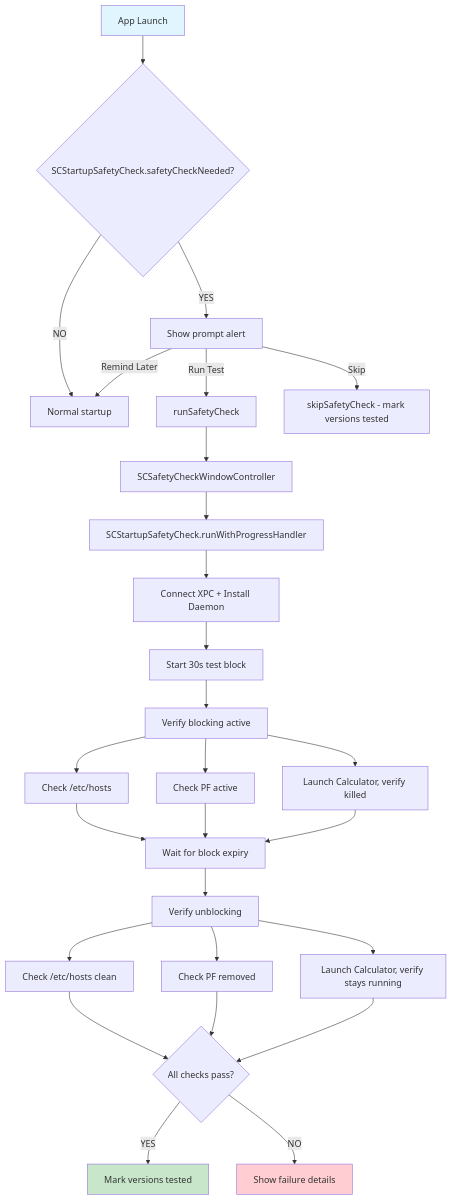
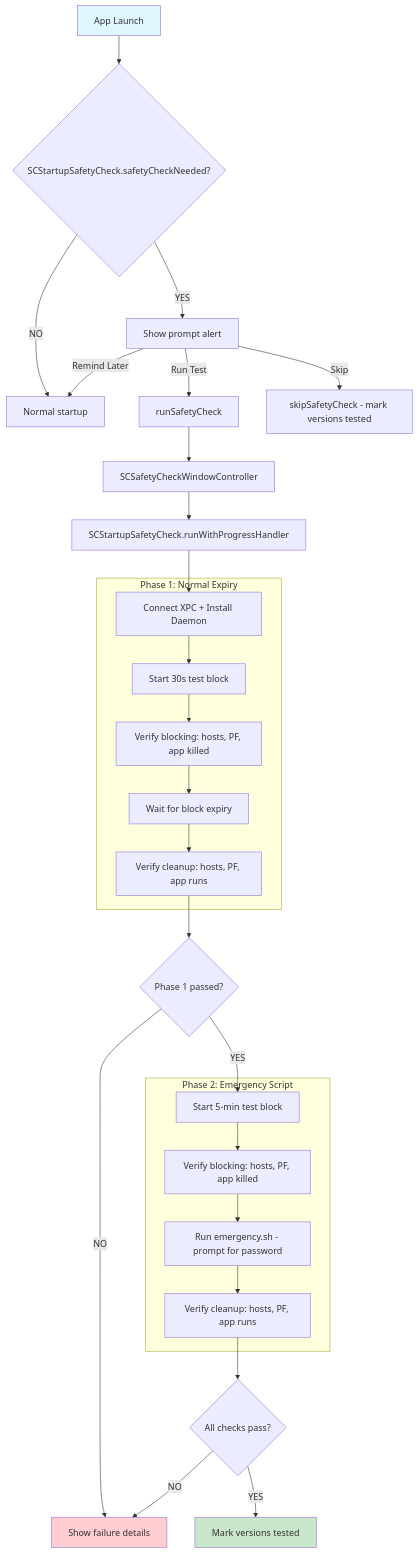
The diagram in docs/dictionary/safety-test.md (bodhibyte/fence), drawn with Mermaid before and after one commit. The commit also changed other lines of this file and 1 other file, not shown here.

First line of the commit message:
Add app blocking verification to safety test Phase 2

````diff
--- a/docs/dictionary/safety-test.md
+++ b/docs/dictionary/safety-test.md
@@ -48,35 +66,39 @@
 ```mermaid
 graph TD
     A[App Launch] --> B{SCStartupSafetyCheck.safetyCheckNeeded?}
     B -->|NO| C[Normal startup]
     B -->|YES| D[Show prompt alert]
     D -->|Run Test| E[runSafetyCheck]
     D -->|Skip| F[skipSafetyCheck - mark versions tested]
     D -->|Remind Later| C
 
     E --> G[SCSafetyCheckWindowController]
     G --> H[SCStartupSafetyCheck.runWithProgressHandler]
 
     H --> I[Connect XPC + Install Daemon]
-    I --> J[Start 30s test block]
-    J --> K[Verify blocking active]
 
-    K --> L[Check /etc/hosts]
-    K --> M[Check PF active]
-    K --> N[Launch Calculator, verify killed]
+    subgraph Phase1[Phase 1: Normal Expiry]
+        I --> J[Start 30s test block]
+        J --> K[Verify blocking: hosts, PF, app killed]
+        K --> O[Wait for block expiry]
+        O --> P[Verify cleanup: hosts, PF, app runs]
+    end
 
-    L & M & N --> O[Wait for block expiry]
+    P --> T1{Phase 1 passed?}
+    T1 -->|NO| V[Show failure details]
+    T1 -->|YES| P2
 
-    O --> P[Verify unblocking]
-    P --> Q[Check /etc/hosts clean]
-    P --> R[Check PF removed]
-    P --> S[Launch Calculator, verify stays running]
+    subgraph Phase2[Phase 2: Emergency Script]
+        P2[Start 5-min test block] --> K2[Verify blocking: hosts, PF, app killed]
+        K2 --> EM[Run emergency.sh - prompt for password]
+        EM --> P2V[Verify cleanup: hosts, PF, app runs]
+    end
 
-    Q & R & S --> T{All checks pass?}
+    P2V --> T{All checks pass?}
     T -->|YES| U[Mark versions tested]
-    T -->|NO| V[Show failure details]
+    T -->|NO| V
 
     style A fill:#e1f5fe
     style U fill:#c8e6c9
     style V fill:#ffcdd2
 ```
````
